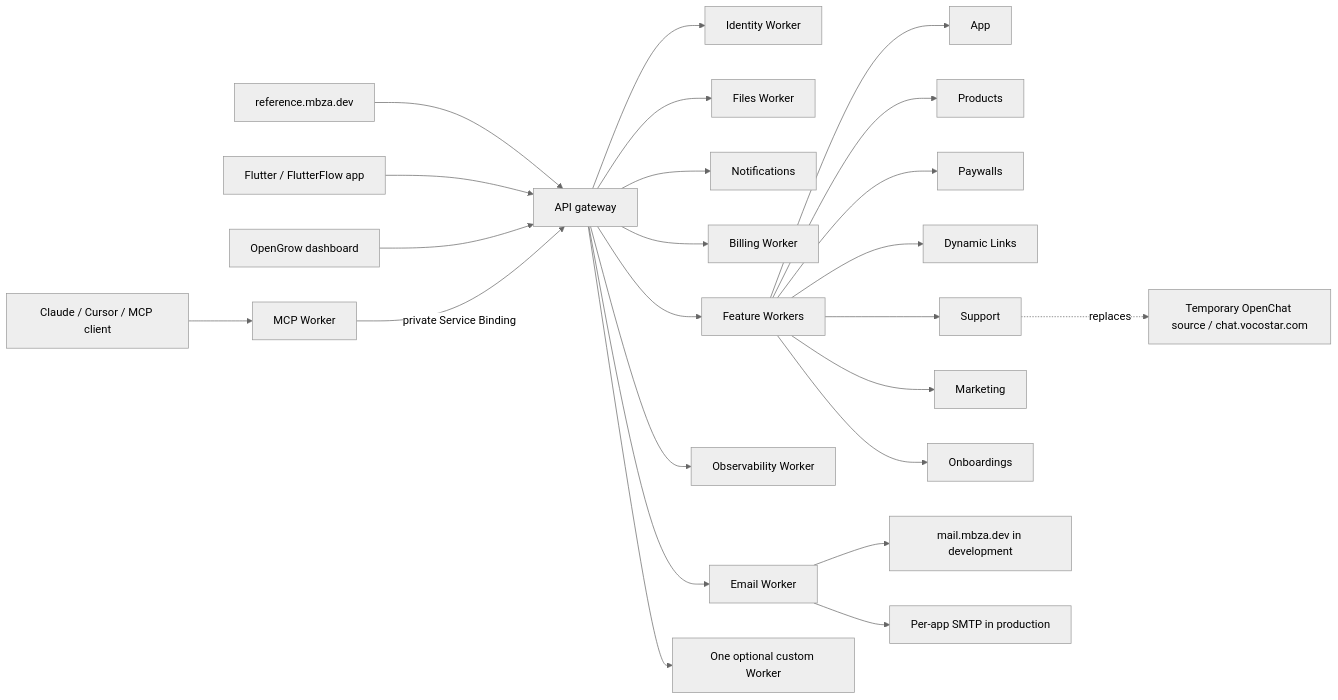
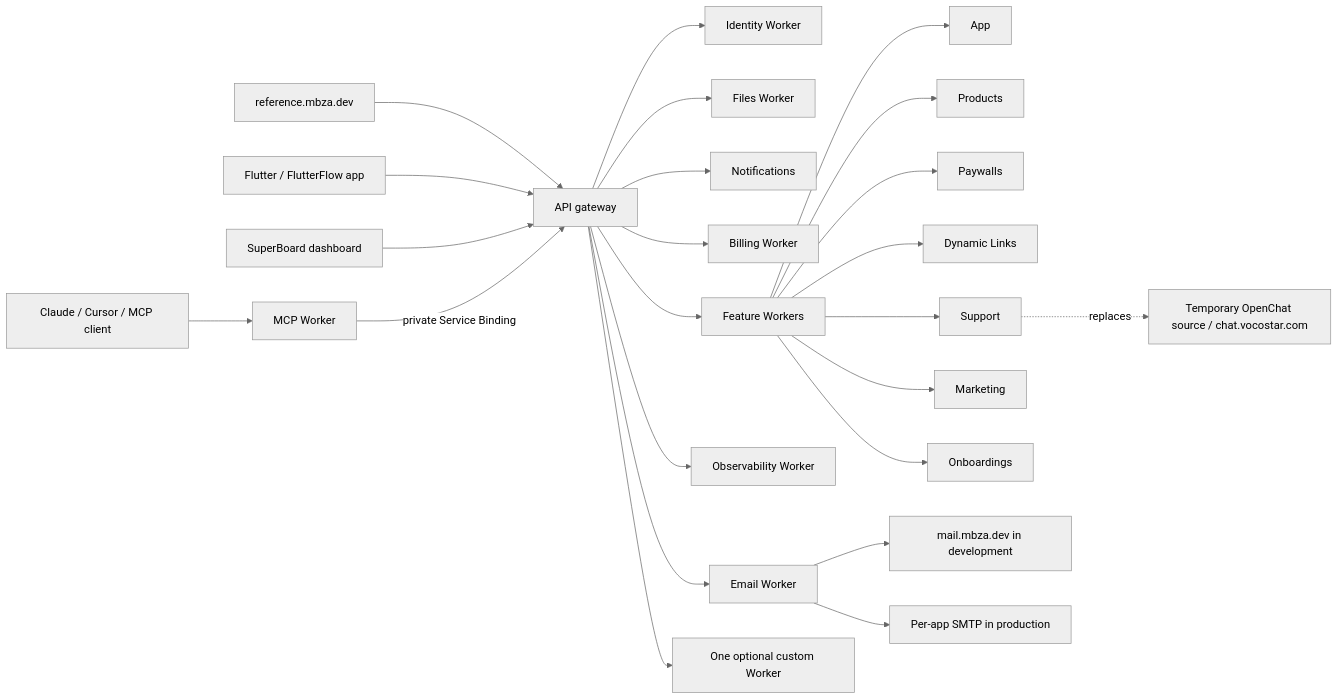
The diagram in docs/REFERENCE_ARCHITECTURE.md (mabzadev/superboard), drawn with Mermaid (neutral theme) before and after one commit. The commit also changed other lines of this file and 528 other files, not shown here.

First line of the commit message:
feat: migrate OpenGrow platform to SuperBoard

````diff
--- a/docs/REFERENCE_ARCHITECTURE.md
+++ b/docs/REFERENCE_ARCHITECTURE.md
@@ -59,26 +59,26 @@
 ```mermaid
 flowchart LR
   reference["reference.mbza.dev"] --> api["API gateway"]
   ff["Flutter / FlutterFlow app"] --> api
-  admin["OpenGrow dashboard"] --> api
+  admin["SuperBoard dashboard"] --> api
   agent["Claude / Cursor / MCP client"] --> mcp["MCP Worker"]
   mcp -->|"private Service Binding"| api
   api --> identity["Identity Worker"]
   api --> files["Files Worker"]
   api --> notifications["Notifications"]
   api --> billing["Billing Worker"]
   api --> email["Email Worker"]
   api --> observability["Observability Worker"]
   api --> modules["Feature Workers"]
   api --> custom["One optional custom Worker"]
   modules --> app["App"]
   modules --> products["Products"]
   modules --> paywalls["Paywalls"]
   modules --> links["Dynamic Links"]
   modules --> support["Support"]
   modules --> marketing["Marketing"]
   modules --> onboardings["Onboardings"]
   email --> capture["mail.mbza.dev in development"]
   email --> smtp["Per-app SMTP in production"]
   support -. replaces .-> chatwoot["Temporary OpenChat source / chat.vocostar.com"]
 ```
````
